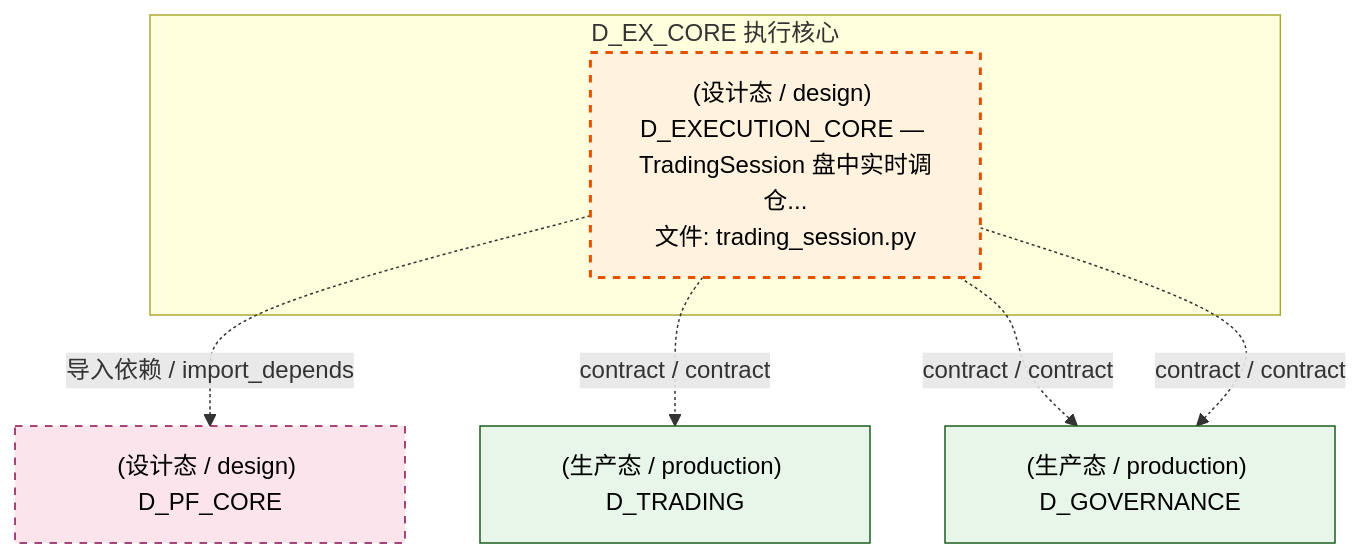
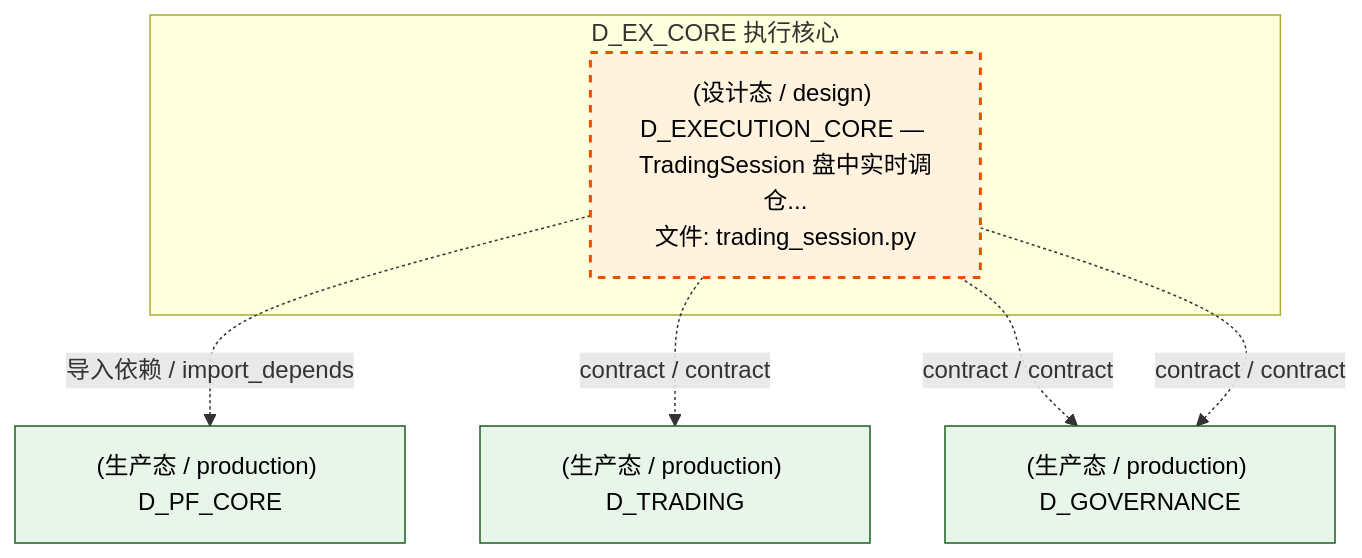
Before and after one commit to xuanFelixVan/ZephyrAlpha: the third of 4 diagrams in docs/02_enterprise_architecture/02_domain_architecture_docs/44_d_ex_core.md, drawn with Mermaid. The commit also changed other lines of this file and 42 other files, not shown here.

````diff
--- a/docs/02_enterprise_architecture/02_domain_architecture_docs/44_d_ex_core.md
+++ b/docs/02_enterprise_architecture/02_domain_architecture_docs/44_d_ex_core.md
@@ -177,20 +175,19 @@
 ```mermaid
 graph TD
     subgraph D_EX_CORE["D_EX_CORE 执行核心"]
         src_zephyr_ex_core_trading_session_py["(设计态 / design) D_EXECUTION_CORE — TradingSession 盘中实时调仓...<br/>文件: trading_session.py"]
     end
-    D_PF_CORE["(设计态 / design) D_PF_CORE"]
+    D_PF_CORE["(生产态 / production) D_PF_CORE"]
     src_zephyr_ex_core_trading_session_py -.->|导入依赖 / import_depends| D_PF_CORE
     D_TRADING["(生产态 / production) D_TRADING"]
     src_zephyr_ex_core_trading_session_py -.->|contract / contract| D_TRADING
     D_GOVERNANCE["(生产态 / production) D_GOVERNANCE"]
     src_zephyr_ex_core_trading_session_py -.->|contract / contract| D_GOVERNANCE
     src_zephyr_ex_core_trading_session_py -.->|contract / contract| D_GOVERNANCE
     classDef production fill:#e1f5fe,stroke:#01579b,stroke-width:2px,color:#000
     classDef design fill:#fff3e0,stroke:#e65100,stroke-width:2px,color:#000,stroke-dasharray: 5 5
     classDef external_prod fill:#e8f5e9,stroke:#1b5e20,stroke-width:1px,color:#000
     classDef external_design fill:#fce4ec,stroke:#880e4f,stroke-width:1px,color:#000,stroke-dasharray: 5 5
     class src_zephyr_ex_core_trading_session_py design
-    class D_TRADING,D_GOVERNANCE external_prod
-    class D_PF_CORE external_design
+    class D_PF_CORE,D_TRADING,D_GOVERNANCE external_prod
 ```
````
